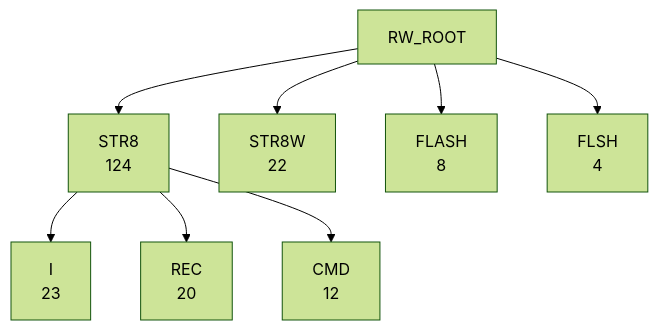
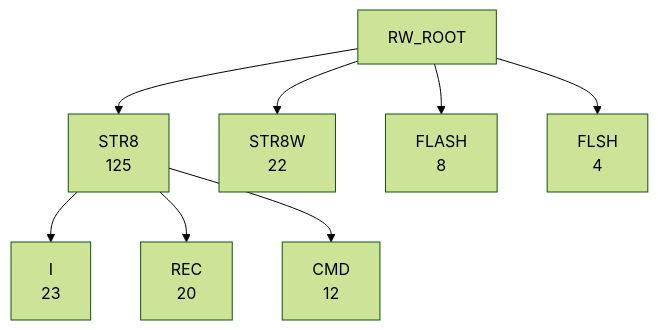
The fifth of 6 diagrams in DOC/GENERATED/ROUTINE_WORD_TREE.md (95westus/R-YORS), drawn with Mermaid (forest theme) before and after one commit. The commit also changed other lines of this file and 29 other files, not shown here.

````diff
--- a/DOC/GENERATED/ROUTINE_WORD_TREE.md
+++ b/DOC/GENERATED/ROUTINE_WORD_TREE.md
@@ -77,10 +77,10 @@
 ```mermaid
 flowchart TD
-    RW_ROOT --> RW_STR8["STR8<br/>124"]
+    RW_ROOT --> RW_STR8["STR8<br/>125"]
     RW_ROOT --> RW_STR8W["STR8W<br/>22"]
     RW_ROOT --> RW_FLASH["FLASH<br/>8"]
     RW_ROOT --> RW_FLSH["FLSH<br/>4"]
     RW_STR8 --> RW_STR8_I["I<br/>23"]
     RW_STR8 --> RW_STR8_REC["REC<br/>20"]
     RW_STR8 --> RW_STR8_CMD["CMD<br/>12"]
 ```
````
